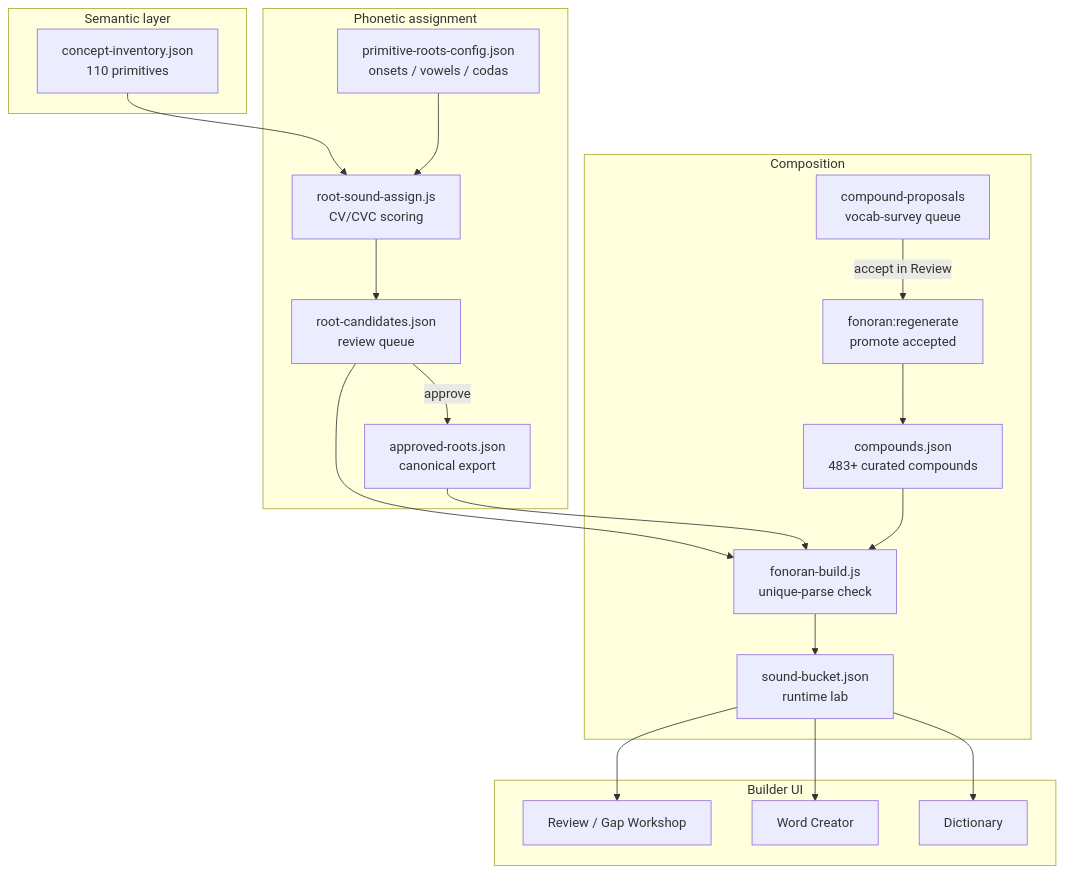
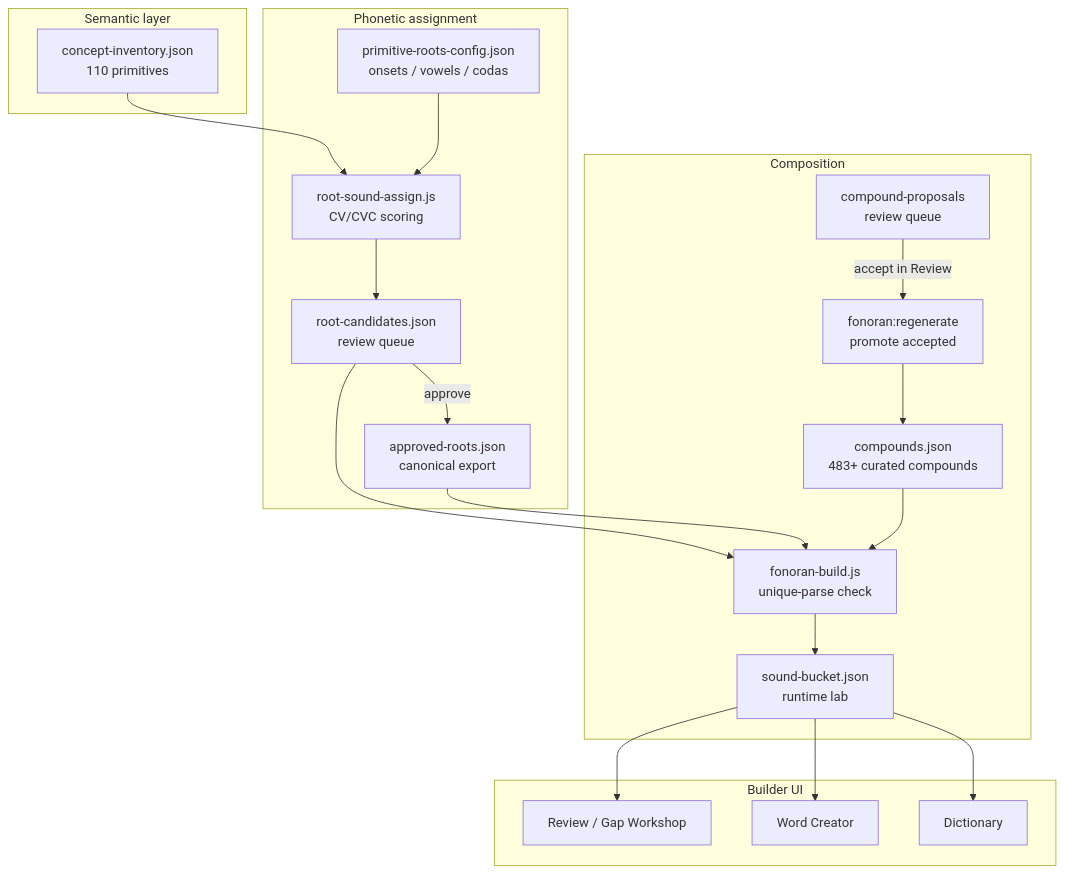
The diagram in docs/fonoran.md (Fonora/fonora), drawn with Mermaid before and after one commit. The commit also changed other lines of this file and 180 other files, not shown here.

````diff
--- a/docs/fonoran.md
+++ b/docs/fonoran.md
@@ -13,41 +13,41 @@
 ```mermaid
 flowchart TD
   subgraph semantics [Semantic layer]
     Inventory["concept-inventory.json\n110 primitives"]
   end
 
   subgraph phonetics [Phonetic assignment]
     Config["primitive-roots-config.json\nonsets / vowels / codas"]
     Assign["root-sound-assign.js\nCV/CVC scoring"]
     Candidates["root-candidates.json\nreview queue"]
     Approved["approved-roots.json\ncanonical export"]
   end
 
   subgraph composition [Composition]
     CompoundsJson["compounds.json\n483+ curated compounds"]
-    Proposals["compound-proposals\nvocab-survey queue"]
+    Proposals["compound-proposals\nreview queue"]
     Regen["fonoran:regenerate\npromote accepted"]
     Build["fonoran-build.js\nunique-parse check"]
     Lab["sound-bucket.json\nruntime lab"]
   end
 
   subgraph ui [Builder UI]
     Review["Review / Gap Workshop"]
     Creator["Word Creator"]
     Dict["Dictionary"]
   end
 
   Inventory --> Assign
   Config --> Assign
   Assign --> Candidates
   Candidates -->|"approve"| Approved
   Candidates --> Build
   Approved --> Build
   Proposals -->|"accept in Review"| Regen
   Regen --> CompoundsJson
   CompoundsJson --> Build
   Build --> Lab
   Lab --> Review
   Lab --> Creator
   Lab --> Dict
 ```
````
